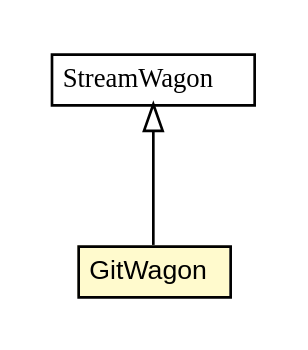
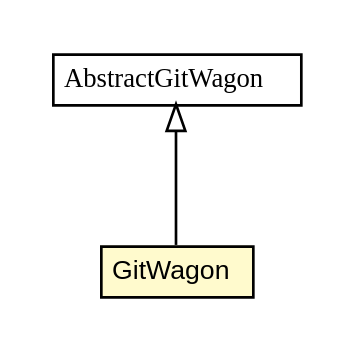
Before and after one commit to trajano/wagon-git: the diagram in apidocs/net/trajano/wagon/git/GitWagon.dot, drawn with Graphviz. The commit also changed 109 other files, not shown here.

Commit message:
wagon-git commit

```diff
--- a/apidocs/net/trajano/wagon/git/GitWagon.dot
+++ b/apidocs/net/trajano/wagon/git/GitWagon.dot
@@ -1,26 +1,26 @@
 #!/usr/local/bin/dot
 #
 # Class diagram 
 # Generated by UMLGraph version R5_6-24-gf6e263 (http://www.umlgraph.org/)
 #
 
 digraph G {
 	edge [fontname="arial",fontsize=10,labelfontname="arial",labelfontsize=10];
 	node [fontname="arial",fontsize=10,shape=plaintext];
 	nodesep=0.25;
 	ranksep=0.5;
 	// net.trajano.wagon.git.GitWagon
-	c22 [label=<<table title="net.trajano.wagon.git.GitWagon" border="0" cellborder="1" cellspacing="0" cellpadding="2" port="p" bgcolor="lemonChiffon" href="./GitWagon.html">
+	c35 [label=<<table title="net.trajano.wagon.git.GitWagon" border="0" cellborder="1" cellspacing="0" cellpadding="2" port="p" bgcolor="lemonChiffon" href="./GitWagon.html">
 		<tr><td><table border="0" cellspacing="0" cellpadding="1">
 <tr><td align="center" balign="center"> GitWagon </td></tr>
 		</table></td></tr>
 		</table>>, URL="./GitWagon.html", fontname="arial", fontcolor="black", fontsize=10.0];
-	//net.trajano.wagon.git.GitWagon extends org.apache.maven.wagon.StreamWagon
-	c25:p -> c22:p [dir=back,arrowtail=empty];
-	// org.apache.maven.wagon.StreamWagon
-	c25 [label=<<table title="org.apache.maven.wagon.StreamWagon" border="0" cellborder="1" cellspacing="0" cellpadding="2" port="p" href="http://java.sun.com/j2se/1.4.2/docs/api/org/apache/maven/wagon/StreamWagon.html">
+	// net.trajano.wagon.git.internal.AbstractGitWagon
+	c39 [label=<<table title="net.trajano.wagon.git.internal.AbstractGitWagon" border="0" cellborder="1" cellspacing="0" cellpadding="2" port="p" href="./internal/AbstractGitWagon.html">
 		<tr><td><table border="0" cellspacing="0" cellpadding="1">
-<tr><td align="center" balign="center"><font face="arial italic"> StreamWagon </font></td></tr>
+<tr><td align="center" balign="center"><font face="arial italic"> AbstractGitWagon </font></td></tr>
 		</table></td></tr>
-		</table>>, URL="http://java.sun.com/j2se/1.4.2/docs/api/org/apache/maven/wagon/StreamWagon.html", fontname="arial", fontcolor="black", fontsize=10.0];
+		</table>>, URL="./internal/AbstractGitWagon.html", fontname="arial", fontcolor="black", fontsize=10.0];
+	//net.trajano.wagon.git.GitWagon extends net.trajano.wagon.git.internal.AbstractGitWagon
+	c39:p -> c35:p [dir=back,arrowtail=empty];
 }
```
